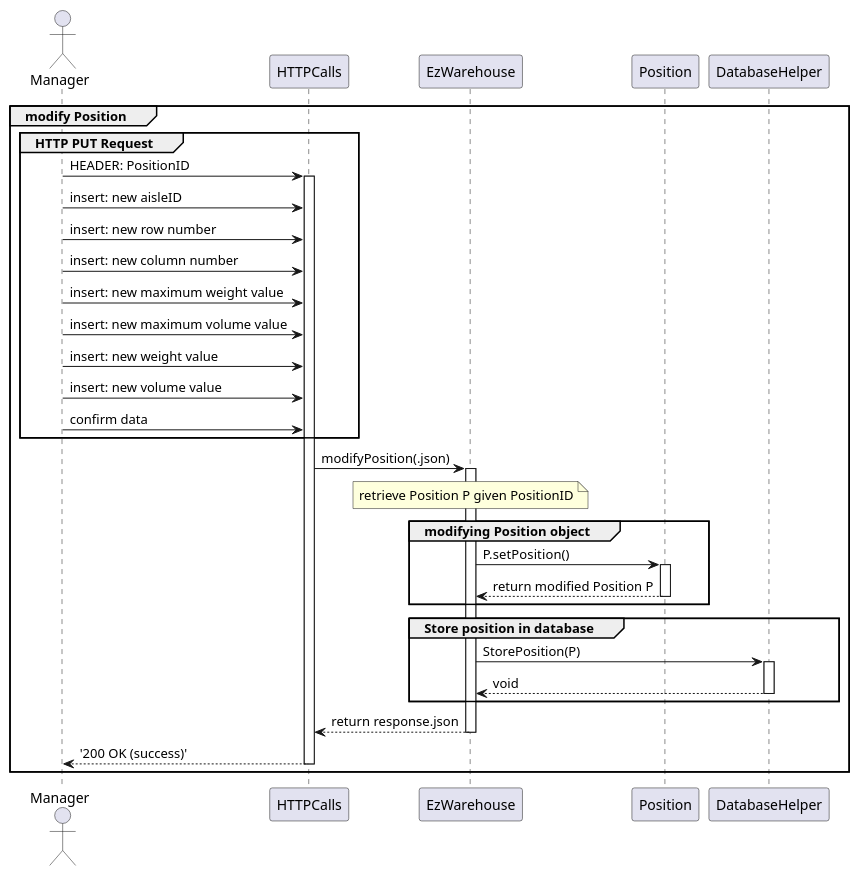
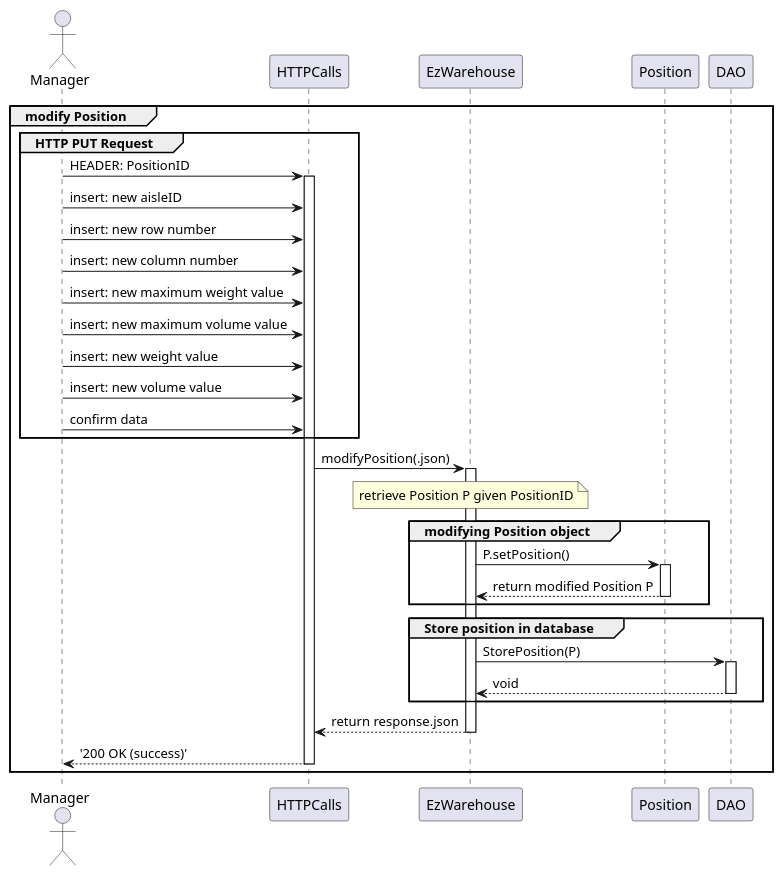
The seventh of 19 diagrams in DESIGN PART/DesignDocument.md (DavideArcolini/SoftEng_garbageCollector), drawn with PlantUML before and after one commit. The commit also changed other lines of this file, not shown here.

````diff
--- a/DESIGN PART/DesignDocument.md
+++ b/DESIGN PART/DesignDocument.md
@@ -520,45 +451,45 @@
 ```plantuml
 actor Manager as Manager
 participant HTTPCalls as HTTPCalls
 participant EzWarehouse as EzWarehouse
 participant Position as Position
-participant DatabaseHelper as DatabaseHelper
+participant DAO as DAO
 
 group modify Position
 group HTTP PUT Request
 Manager -> HTTPCalls: HEADER: PositionID
 activate HTTPCalls
 Manager -> HTTPCalls: insert: new aisleID
 Manager -> HTTPCalls: insert: new row number
 Manager -> HTTPCalls: insert: new column number
 Manager -> HTTPCalls: insert: new maximum weight value
 Manager -> HTTPCalls: insert: new maximum volume value
 Manager -> HTTPCalls: insert: new weight value
 Manager -> HTTPCalls: insert: new volume value
 Manager -> HTTPCalls: confirm data
 end
 
 HTTPCalls -> EzWarehouse: modifyPosition(.json)
 activate EzWarehouse
 note over EzWarehouse: retrieve Position P given PositionID
 
 group modifying Position object
 EzWarehouse -> Position: P.setPosition()
 activate Position
 Position --> EzWarehouse: return modified Position P
 deactivate Position
 end
 
 group Store position in database
-EzWarehouse -> DatabaseHelper: StorePosition(P)
-activate DatabaseHelper
-DatabaseHelper --> EzWarehouse: void
-deactivate DatabaseHelper
+EzWarehouse -> DAO: StorePosition(P)
+activate DAO
+DAO --> EzWarehouse: void
+deactivate DAO
 end
 
 EzWarehouse --> HTTPCalls: return response.json
 deactivate EzWarehouse
 HTTPCalls --> Manager: '200 OK (success)'
 deactivate HTTPCalls
 end
 ```
````
